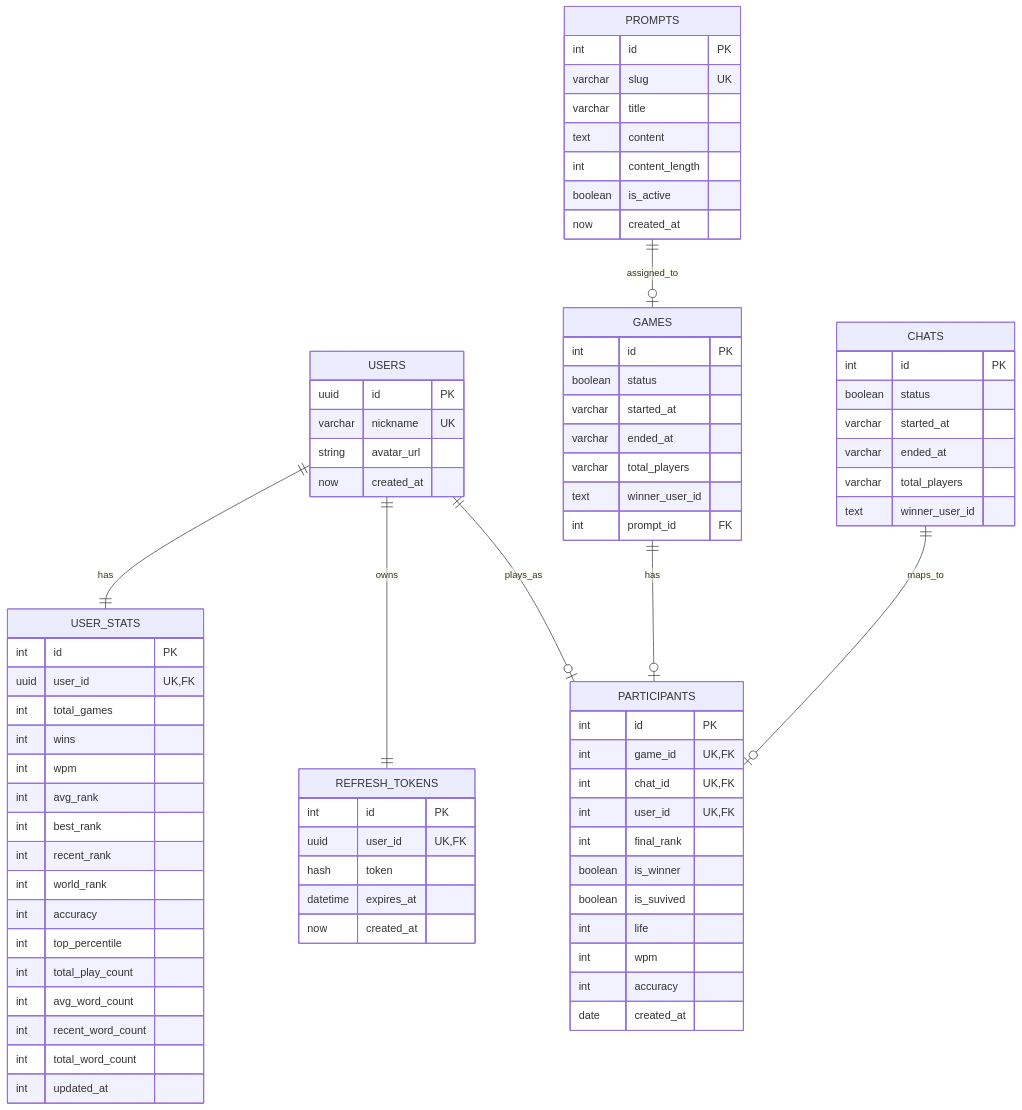
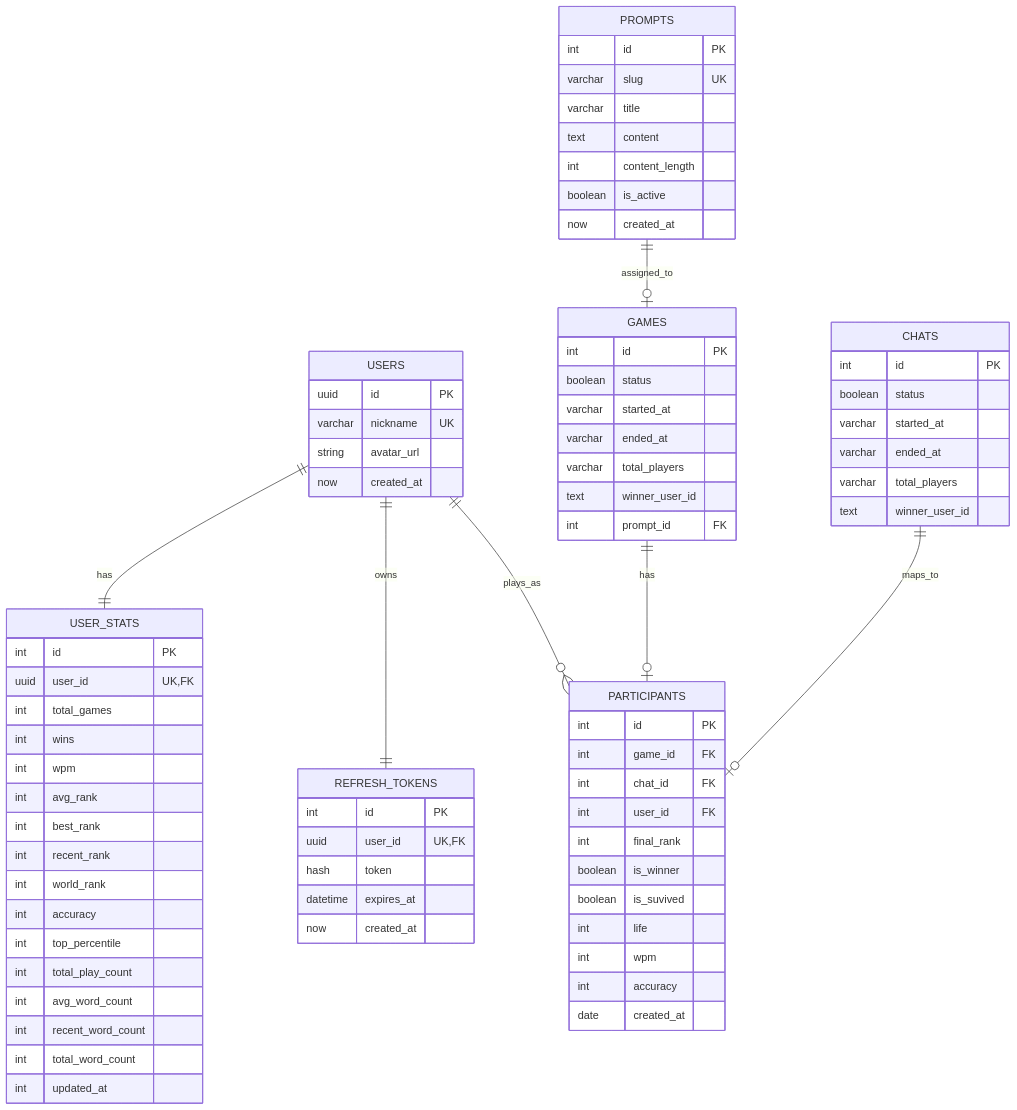
One commit to prgrms-fullcycle-devcourse/webfull_9_10_HotSix changed the diagram in apps/backend/docs/erd.md. Above: the diagram before and after it, drawn with Mermaid. The commit also changed other lines of this file and 7 other files, not shown here.

```diff
--- a/apps/backend/docs/erd.md
+++ b/apps/backend/docs/erd.md
@@ -90,7 +90,7 @@
 erDiagram
     USERS ||--|| USER_STATS : has
     USERS ||--|| REFRESH_TOKENS : owns
-    USERS ||--o| PARTICIPANTS : plays_as
+    USERS ||--o{ PARTICIPANTS : plays_as
     PROMPTS ||--o| GAMES : assigned_to
     GAMES ||--o| PARTICIPANTS : has
     CHATS ||--o| PARTICIPANTS : maps_to
@@ -151,9 +151,9 @@
 
     PARTICIPANTS {
       int id PK
-      int game_id UK,FK
-      int chat_id UK,FK
-      int user_id UK,FK
+      int game_id FK
+      int chat_id FK
+      int user_id FK
       int final_rank
       boolean is_winner
       boolean is_suvived
```
